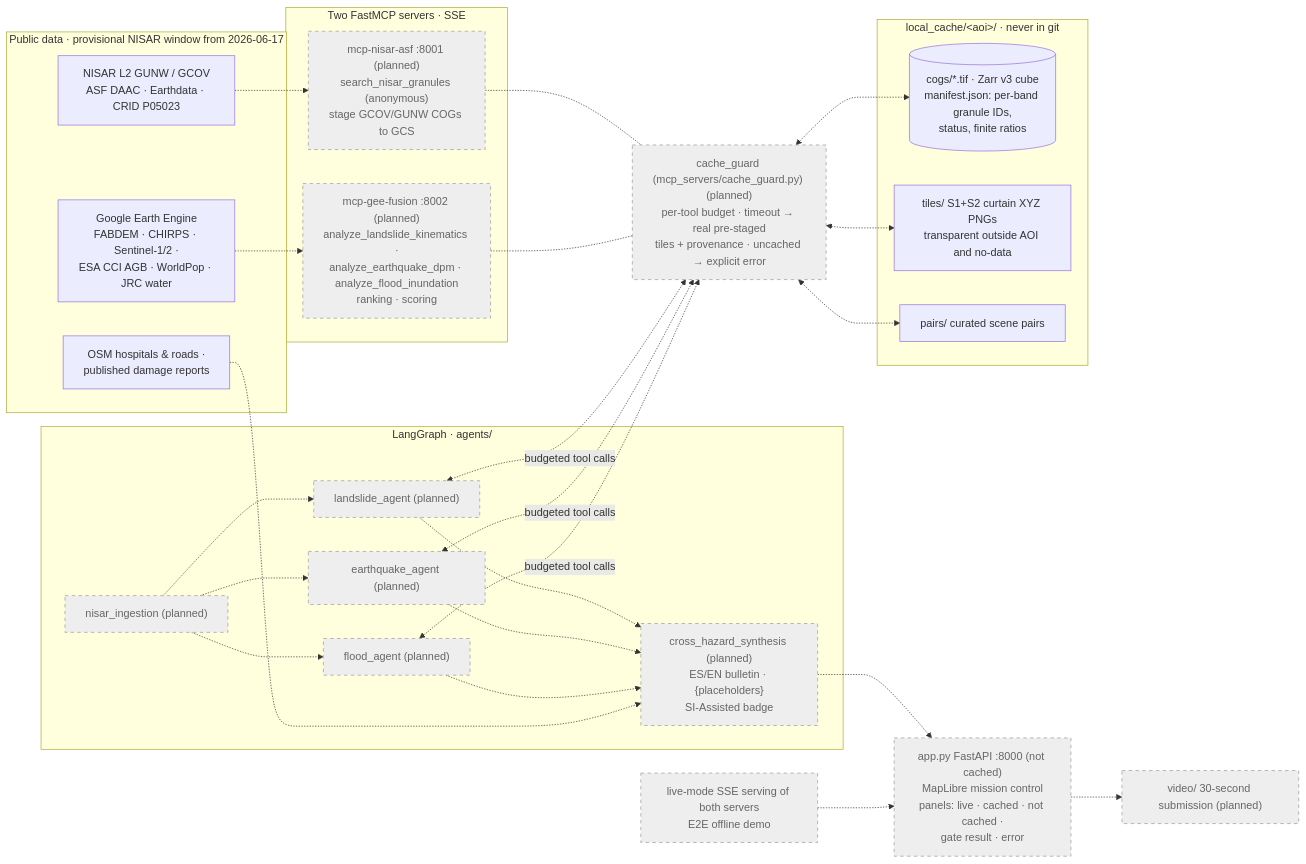
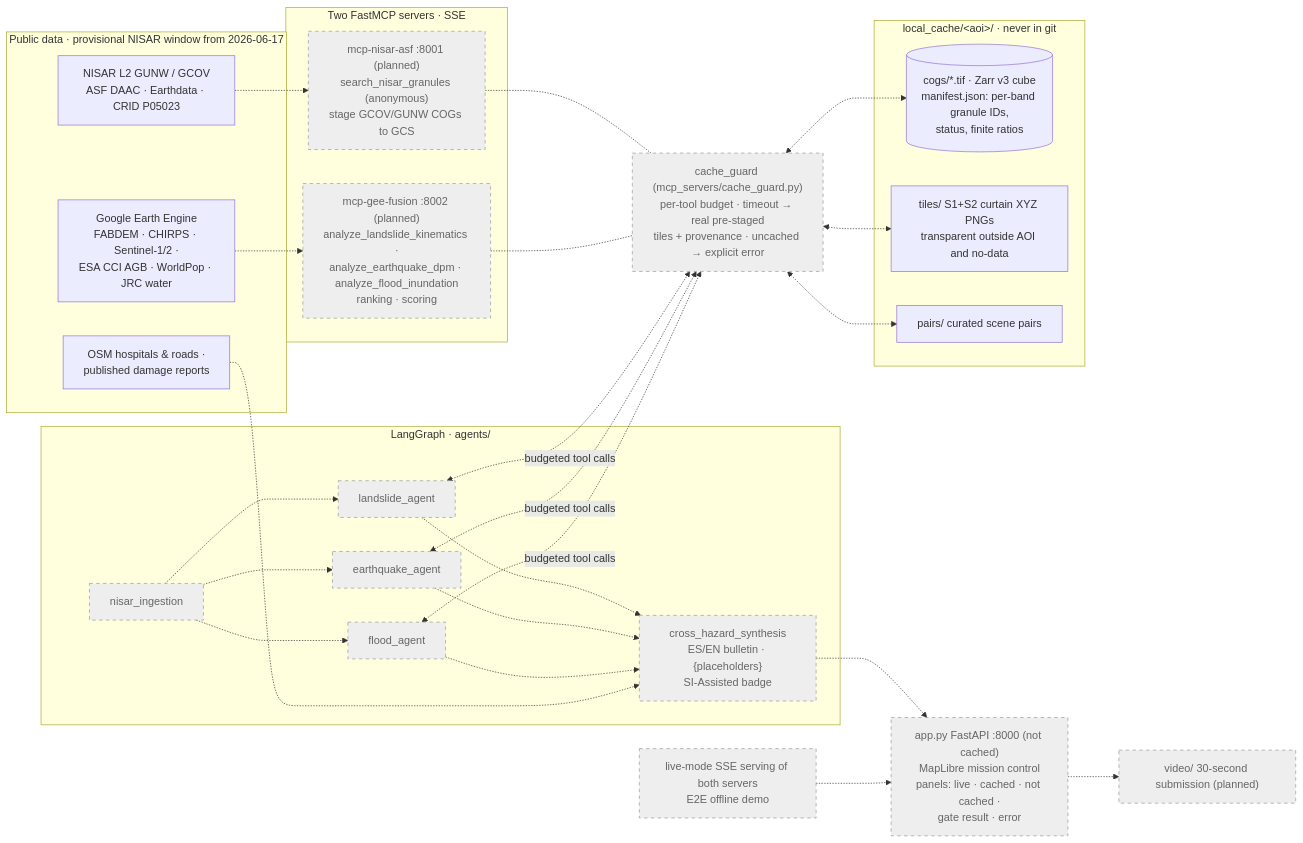
Before and after one commit to NASA-Space-Apps-Challenge-two-left-feet/surface_tango: the first of 3 diagrams in README.md, drawn with Mermaid. The commit also changed other lines of this file, not shown here.

First line of the commit message:
docs: sync the readme with the merged graph, budgets and interpretation

````diff
--- a/README.md
+++ b/README.md
@@ -95,42 +95,42 @@
 ```mermaid
 flowchart LR
     subgraph DATA["Public data · provisional NISAR window from 2026-06-17"]
         NISAR["NISAR L2 GUNW / GCOV<br/>ASF DAAC · Earthdata · CRID P05023"]
         GEE["Google Earth Engine<br/>FABDEM · CHIRPS · Sentinel-1/2 ·<br/>ESA CCI AGB · WorldPop · JRC water"]
         PUB["OSM hospitals & roads ·<br/>published damage reports"]
     end
     subgraph SERVERS["Two FastMCP servers · SSE"]
         M1["mcp-nisar-asf :8001 (planned)<br/>search_nisar_granules (anonymous)<br/>stage GCOV/GUNW COGs to GCS"]
         M2["mcp-gee-fusion :8002 (planned)<br/>analyze_landslide_kinematics ·<br/>analyze_earthquake_dpm · analyze_flood_inundation<br/>ranking · scoring"]
     end
-    GUARD["cache_guard (mcp_servers/cache_guard.py) (planned)<br/>per-tool budget · timeout → real pre-staged<br/>tiles + provenance · uncached → explicit error"]
+    GUARD["cache_guard (mcp_servers/cache_guard.py)<br/>per-tool budget · timeout → real pre-staged<br/>tiles + provenance · uncached → explicit error"]
     subgraph GRAPH["LangGraph · agents/"]
-        IN["nisar_ingestion (planned)"]
-        L["landslide_agent (planned)"]
-        Q["earthquake_agent (planned)"]
-        F["flood_agent (planned)"]
-        S["cross_hazard_synthesis (planned)<br/>ES/EN bulletin · {placeholders}<br/>SI-Assisted badge"]
+        IN["nisar_ingestion"]
+        L["landslide_agent"]
+        Q["earthquake_agent"]
+        F["flood_agent"]
+        S["cross_hazard_synthesis<br/>ES/EN bulletin · {placeholders}<br/>SI-Assisted badge"]
     end
     subgraph CACHE["local_cache/&lt;aoi&gt;/ · never in git"]
         ZARR[("cogs/*.tif · Zarr v3 cube<br/>manifest.json: per-band granule IDs,<br/>status, finite ratios")]
         TILES["tiles/ S1+S2 curtain XYZ PNGs<br/>transparent outside AOI and no-data"]
         PAIRS["pairs/ curated scene pairs"]
     end
     UI["app.py FastAPI :8000 (not cached)<br/>MapLibre mission control<br/>panels: live · cached · not cached ·<br/>gate result · error"]
     VIDEO["video/ 30-second submission (planned)"]
 
     NISAR -.-> M1
     GEE -.-> M2
     M1 -.- GUARD
     M2 -.- GUARD
     GUARD <-.-> ZARR & TILES & PAIRS
     IN -.-> L & Q & F
     L & Q & F <-.->|budgeted tool calls| GUARD
     L & Q & F -.-> S
     S -.-> UI
     PUB -.-> S
     UI -.-> VIDEO
     LIVE["live-mode SSE serving of both servers<br/>E2E offline demo"]:::pending -.-> UI
     class M1,M2,GUARD,IN,L,Q,F,S,UI,VIDEO pending
     classDef pending fill:#eee,stroke:#999,color:#666,stroke-dasharray:5 5
 ```
````
